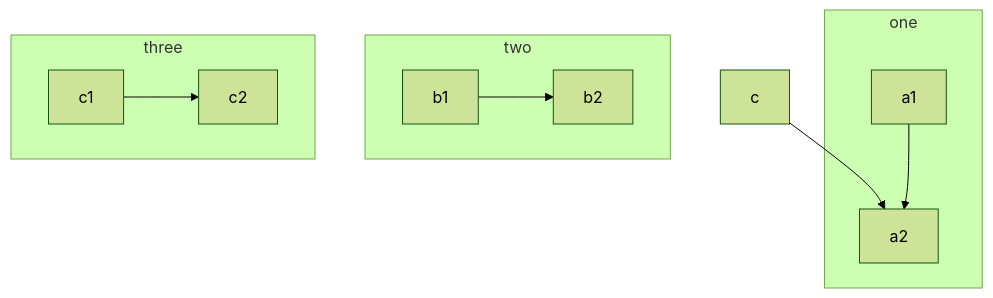
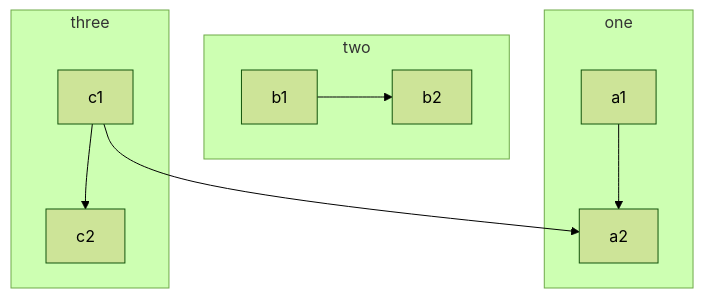
The diagram in slides.md (gerbssusd/dok), drawn with Mermaid (forest theme) before and after one commit.

````diff
--- a/slides.md
+++ b/slides.md
@@ -217,19 +217,19 @@
 ```mermaid
 flowchart TB
-    c-->a2
+    c1-->a2
     subgraph one
     a1-->a2
     end
     subgraph two
     b1-->b2
     end
     subgraph three
     c1-->c2
     end
 
 
 
 
 
 
 ```
````
